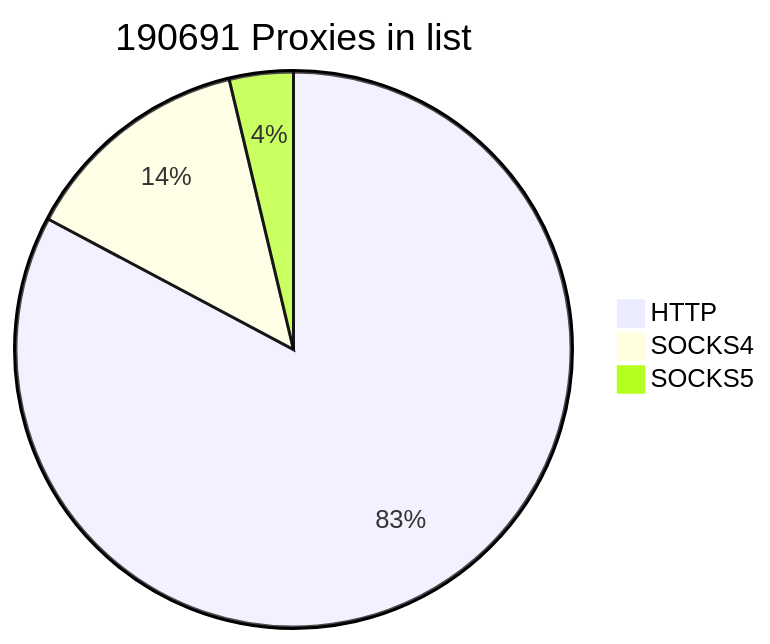
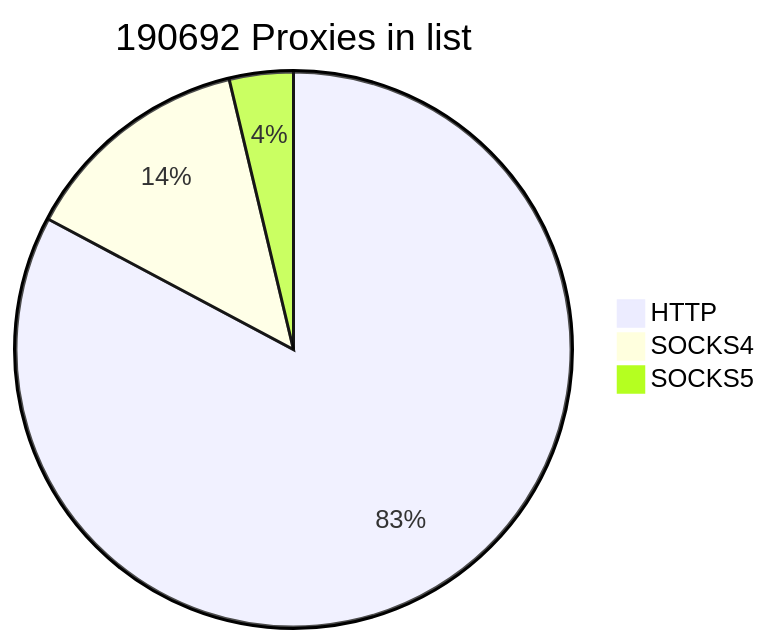
One commit to cutipu/proxylist changed the first of 2 diagrams in README.md. Above: the diagram before and after it, drawn with Mermaid. The commit also changed other lines of this file, not shown here.

````diff
--- a/README.md
+++ b/README.md
@@ -2,7 +2,7 @@
 ```mermaid
-pie title 190691 Proxies in list
-    "HTTP" : 157851
+pie title 190692 Proxies in list
+    "HTTP" : 157852
     "SOCKS4" : 25749
     "SOCKS5" : 7091
             
 ```
````
